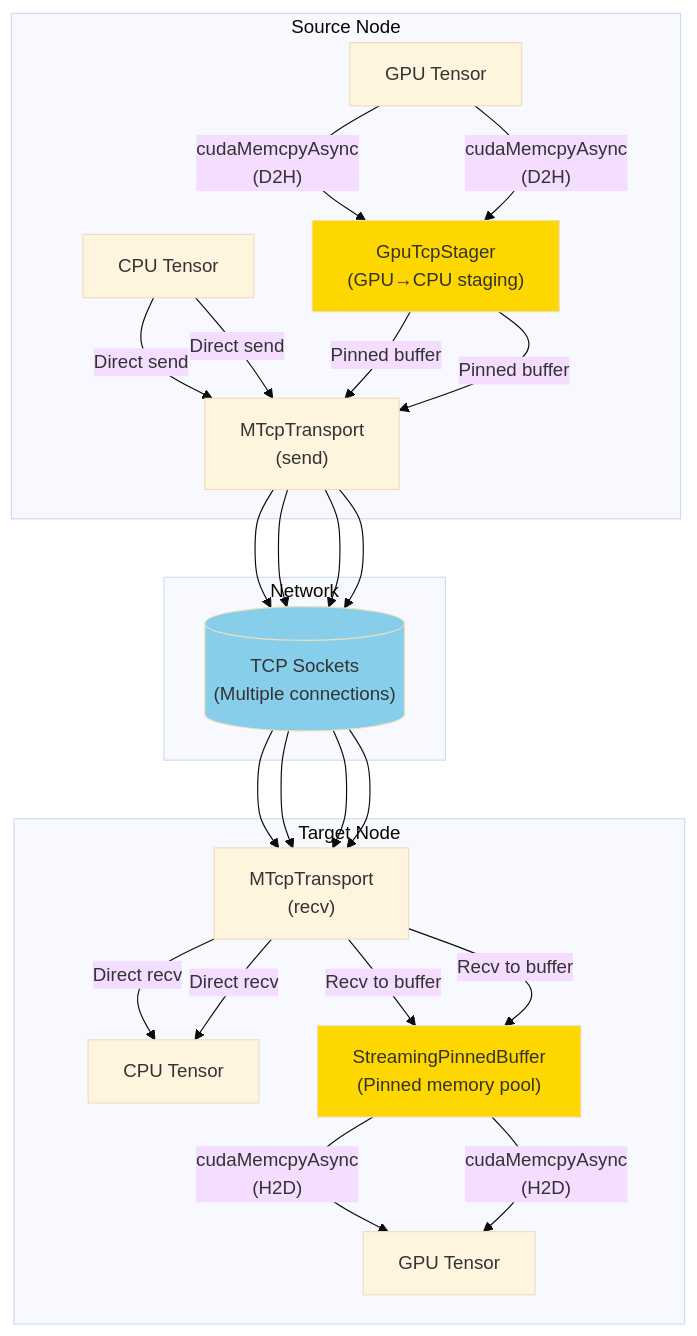
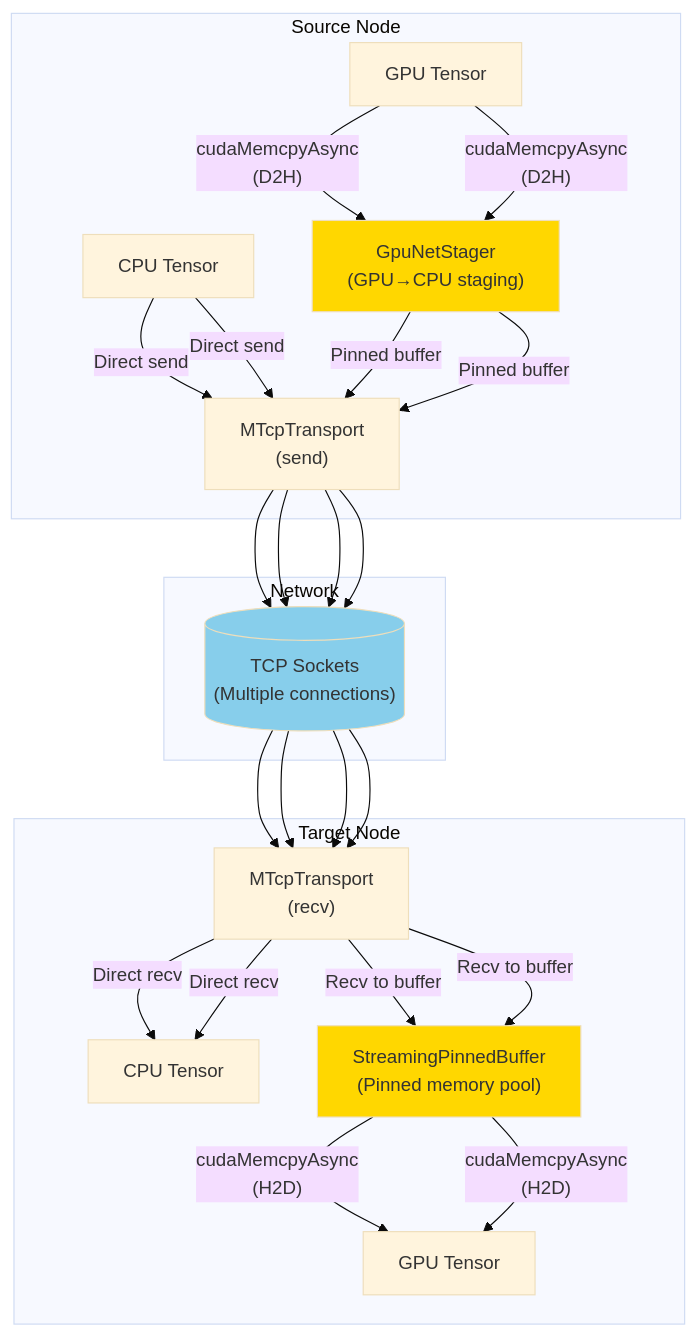
The sixth of 13 diagrams in web-docs/docs/developer-guides/core/communicator/README.md (tensorcast-ai/tensorcast), drawn with Mermaid (base theme) before and after one commit. The commit also changed other lines of this file and 32 other files, not shown here.

````diff
--- a/web-docs/docs/developer-guides/core/communicator/README.md
+++ b/web-docs/docs/developer-guides/core/communicator/README.md
@@ -271,52 +271,52 @@
 ```mermaid
 flowchart TB
     subgraph "Source Node"
         SrcCPU["CPU Tensor"]
         SrcGPU["GPU Tensor"]
-        SrcStager["GpuTcpStager<br/>(GPU→CPU staging)"]
+        SrcStager["GpuNetStager<br/>(GPU→CPU staging)"]
         SrcMTCP["MTcpTransport<br/>(send)"]
     end
 
     subgraph "Network"
         TCP[("TCP Sockets<br/>(Multiple connections)")]
     end
 
     subgraph "Target Node"
         TgtMTCP["MTcpTransport<br/>(recv)"]
         TgtBuffer["StreamingPinnedBuffer<br/>(Pinned memory pool)"]
         TgtCPU["CPU Tensor"]
         TgtGPU["GPU Tensor"]
     end
 
     %% Path 1: CPU → CPU (Direct)
     SrcCPU -->|"Direct send"| SrcMTCP
     SrcMTCP --> TCP
     TCP --> TgtMTCP
     TgtMTCP -->|"Direct recv"| TgtCPU
 
     %% Path 2: GPU → CPU (Staged send, direct recv)
     SrcGPU -->|"cudaMemcpyAsync<br/>(D2H)"| SrcStager
     SrcStager -->|"Pinned buffer"| SrcMTCP
     SrcMTCP --> TCP
     TCP --> TgtMTCP
     TgtMTCP -->|"Direct recv"| TgtCPU
 
     %% Path 3: CPU → GPU (Direct send, staged recv)
     SrcCPU -->|"Direct send"| SrcMTCP
     SrcMTCP --> TCP
     TCP --> TgtMTCP
     TgtMTCP -->|"Recv to buffer"| TgtBuffer
     TgtBuffer -->|"cudaMemcpyAsync<br/>(H2D)"| TgtGPU
 
     %% Path 4: GPU → GPU (Staged send, staged recv)
     SrcGPU -->|"cudaMemcpyAsync<br/>(D2H)"| SrcStager
     SrcStager -->|"Pinned buffer"| SrcMTCP
     SrcMTCP --> TCP
     TCP --> TgtMTCP
     TgtMTCP -->|"Recv to buffer"| TgtBuffer
     TgtBuffer -->|"cudaMemcpyAsync<br/>(H2D)"| TgtGPU
 
     style SrcStager fill:#ffd700
     style TgtBuffer fill:#ffd700
     style TCP fill:#87ceeb
 ```
````
